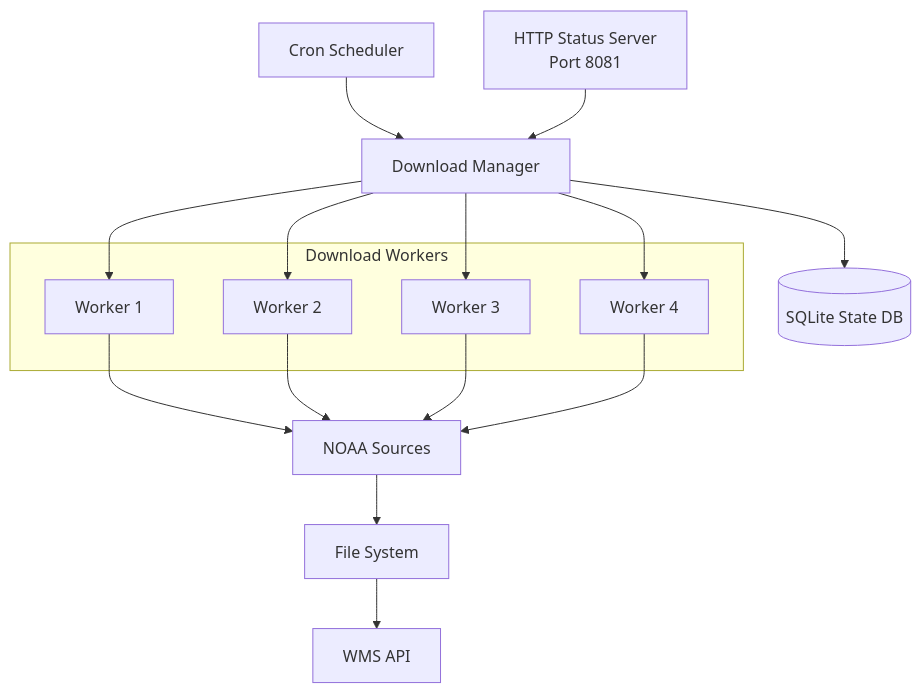
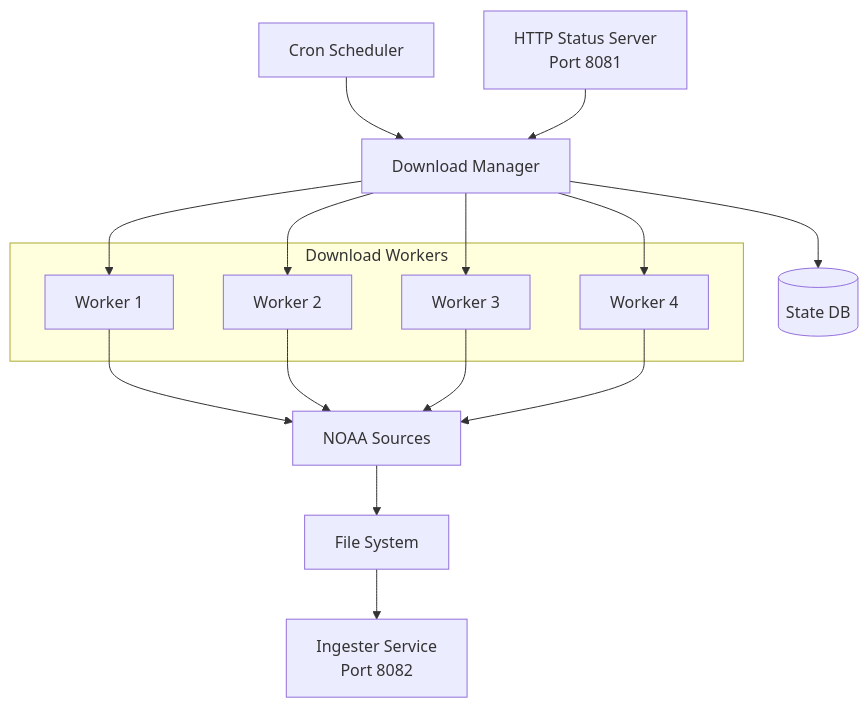
One commit to JoegottabeGitenme/JoeGCServices changed the diagram in docs/src/services/downloader.md. Above: the diagram before and after it, drawn with Mermaid. The commit also changed other lines of this file and 28 other files, not shown here.

````diff
--- a/docs/src/services/downloader.md
+++ b/docs/src/services/downloader.md
@@ -23,35 +23,36 @@
 ```mermaid
 graph TB
     Scheduler["Cron Scheduler"]
     Manager["Download Manager"]
     
     subgraph Workers["Download Workers"]
         W1["Worker 1"]
         W2["Worker 2"]
         W3["Worker 3"]
         W4["Worker 4"]
     end
     
-    State[("SQLite State DB")]
+    State[("State DB")]
     NOAA["NOAA Sources"]
     FS["File System"]
-    API["WMS API"]
+    Ingester["Ingester Service
+    Port 8082"]
     HTTP["HTTP Status Server
     Port 8081"]
     
     Scheduler --> Manager
     HTTP --> Manager
     Manager --> State
     Manager --> W1
     Manager --> W2
     Manager --> W3
     Manager --> W4
     
     W1 --> NOAA
     W2 --> NOAA
     W3 --> NOAA
     W4 --> NOAA
     
     NOAA --> FS
-    FS --> API
+    FS --> Ingester
 ```
````
